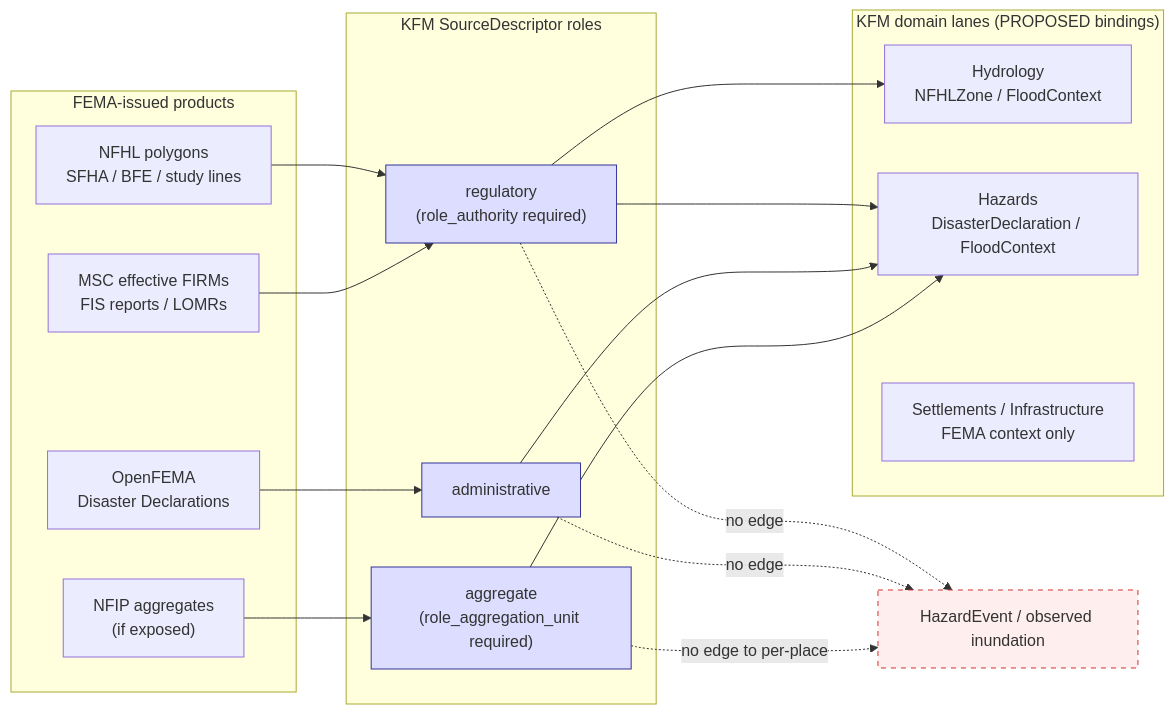
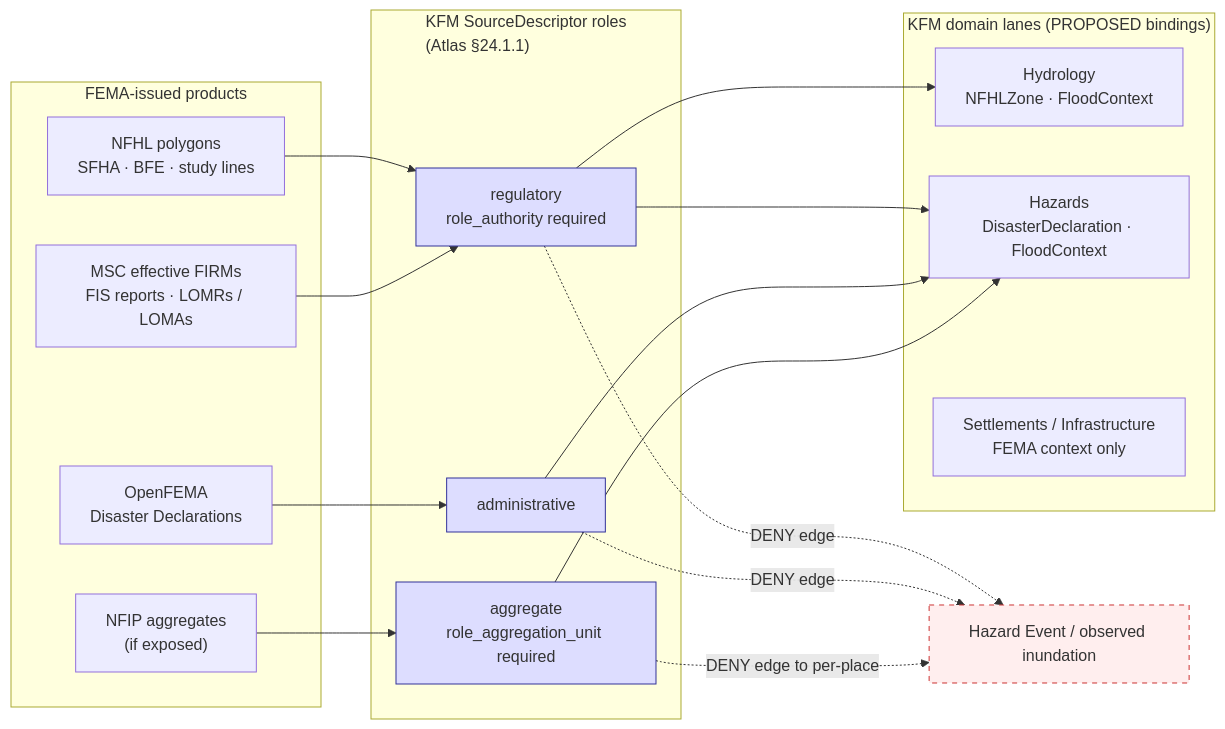
The first of 4 diagrams in docs/sources/catalog/fema/README.md (bartytime4life/Kansas-Frontier-Matrix), drawn with Mermaid before and after one commit. The commit also changed other lines of this file, not shown here.

````diff
--- a/docs/sources/catalog/fema/README.md
+++ b/docs/sources/catalog/fema/README.md
@@ -130,40 +159,40 @@
 ```mermaid
 flowchart LR
     subgraph FEMA["FEMA-issued products"]
-        NFHL["NFHL polygons<br/>SFHA / BFE / study lines"]
-        MSC["MSC effective FIRMs<br/>FIS reports / LOMRs"]
+        NFHL["NFHL polygons<br/>SFHA · BFE · study lines"]
+        MSC["MSC effective FIRMs<br/>FIS reports · LOMRs / LOMAs"]
         DD["OpenFEMA<br/>Disaster Declarations"]
         AGG["NFIP aggregates<br/>(if exposed)"]
     end
 
-    subgraph Roles["KFM SourceDescriptor roles"]
-        REG["regulatory<br/>(role_authority required)"]
+    subgraph Roles["KFM SourceDescriptor roles<br/>(Atlas §24.1.1)"]
+        REG["regulatory<br/>role_authority required"]
         ADM["administrative"]
-        AGGR["aggregate<br/>(role_aggregation_unit required)"]
+        AGGR["aggregate<br/>role_aggregation_unit required"]
     end
 
     subgraph Lanes["KFM domain lanes (PROPOSED bindings)"]
-        HYD["Hydrology<br/>NFHLZone / FloodContext"]
-        HAZ["Hazards<br/>DisasterDeclaration / FloodContext"]
+        HYD["Hydrology<br/>NFHLZone · FloodContext"]
+        HAZ["Hazards<br/>DisasterDeclaration · FloodContext"]
         SET["Settlements / Infrastructure<br/>FEMA context only"]
     end
 
     NFHL --> REG
-    MSC --> REG
-    DD --> ADM
-    AGG --> AGGR
+    MSC  --> REG
+    DD   --> ADM
+    AGG  --> AGGR
 
-    REG --> HYD
-    REG --> HAZ
-    ADM --> HAZ
+    REG  --> HYD
+    REG  --> HAZ
+    ADM  --> HAZ
     AGGR --> HAZ
 
-    REG -. "no edge" .-> HAZ_EVENT["HazardEvent / observed inundation"]
-    ADM -. "no edge" .-> HAZ_EVENT
-    AGGR -. "no edge to per-place" .-> HAZ_EVENT
+    REG  -. "DENY edge" .-> HAZ_EVENT["Hazard Event / observed inundation"]
+    ADM  -. "DENY edge" .-> HAZ_EVENT
+    AGGR -. "DENY edge to per-place" .-> HAZ_EVENT
 
-    style HAZ_EVENT fill:#fee,stroke:#c33,stroke-dasharray:5 5
-    style REG fill:#ddf,stroke:#339
-    style ADM fill:#ddf,stroke:#339
-    style AGGR fill:#ddf,stroke:#339
+    classDef deny fill:#fee,stroke:#c33,stroke-dasharray:5 5
+    classDef role fill:#ddf,stroke:#339
+    class HAZ_EVENT deny
+    class REG,ADM,AGGR role
 ```
````
